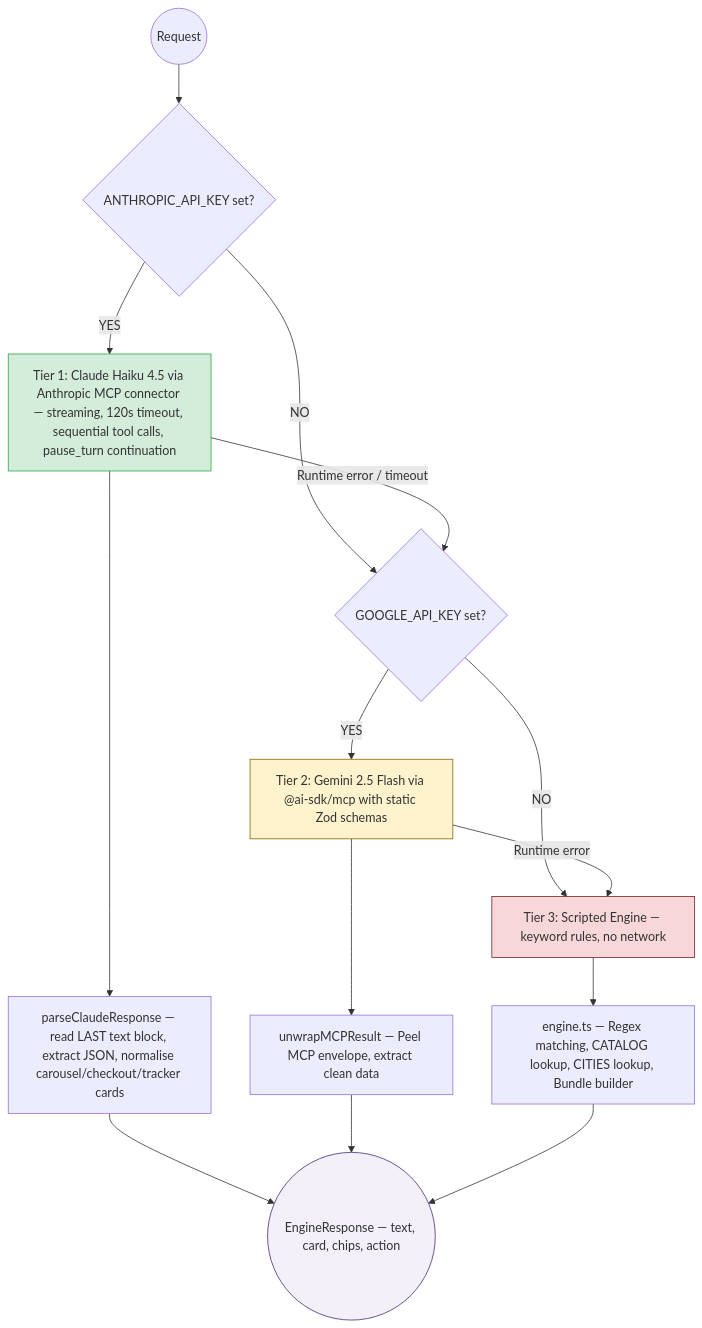
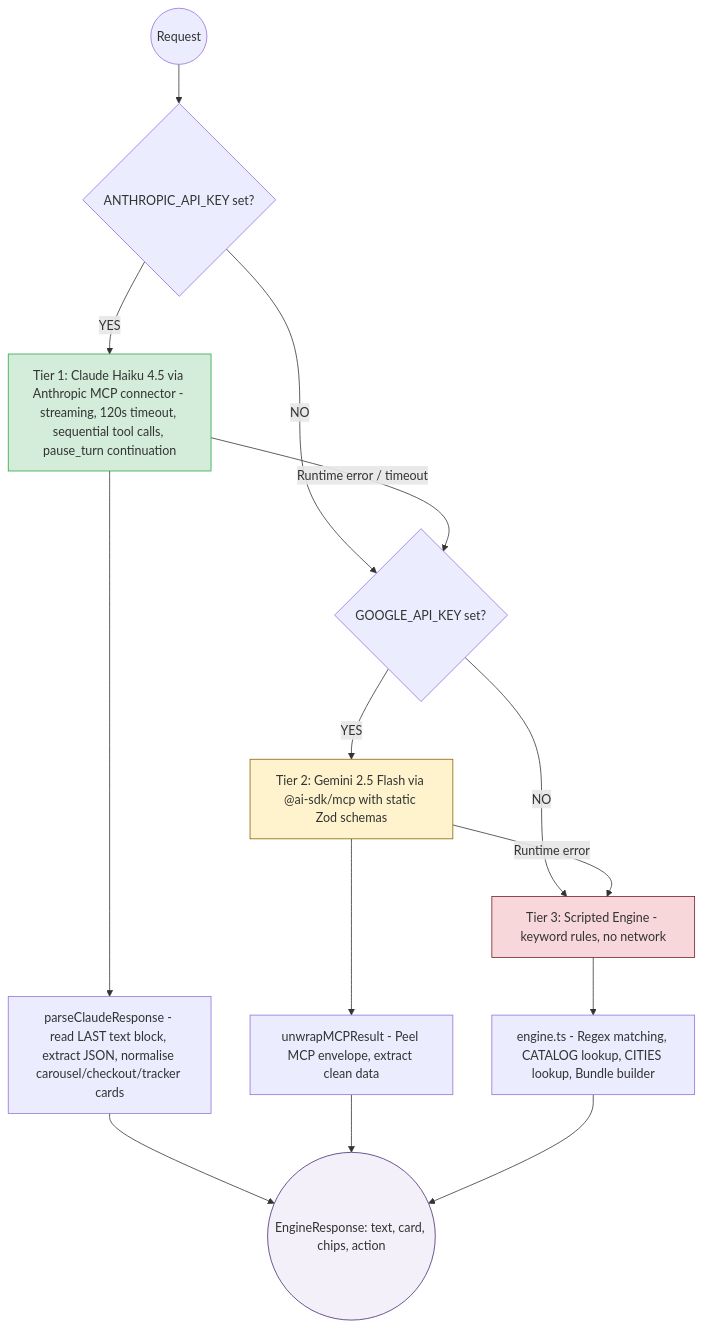
The third of 8 diagrams in README.md (LasaKaru/kapri), drawn with Mermaid before and after one commit. The commit also changed other lines of this file, not shown here.

First line of the commit message:
docs: make all README mermaid diagrams GitHub-renderable

````diff
--- a/README.md
+++ b/README.md
@@ -210,27 +210,27 @@
 ```mermaid
 flowchart TD
-    REQ((Request)) --> CHECK1{ANTHROPIC_API_KEY set?}
+    REQ(("Request")) --> CHECK1{"ANTHROPIC_API_KEY set?"}
 
-    CHECK1 -- YES --> T1["Tier 1: Claude Haiku 4.5 via Anthropic MCP connector — streaming, 120s timeout, sequential tool calls, pause_turn continuation"]
+    CHECK1 -- YES --> T1["Tier 1: Claude Haiku 4.5 via Anthropic MCP connector - streaming, 120s timeout, sequential tool calls, pause_turn continuation"]
     CHECK1 -- NO --> CHECK2
 
-    T1 -- "Runtime error / timeout" --> CHECK2{GOOGLE_API_KEY set?}
-    T1 --> PARSE["parseClaudeResponse — read LAST text block, extract JSON, normalise carousel/checkout/tracker cards"]
+    T1 --"Runtime error / timeout"--> CHECK2{"GOOGLE_API_KEY set?"}
+    T1 --> PARSE["parseClaudeResponse - read LAST text block, extract JSON, normalise carousel/checkout/tracker cards"]
 
     CHECK2 -- YES --> T2["Tier 2: Gemini 2.5 Flash via @ai-sdk/mcp with static Zod schemas"]
     CHECK2 -- NO --> T3
 
-    T2 -- "Runtime error" --> T3["Tier 3: Scripted Engine — keyword rules, no network"]
-    T2 --> UNWRAP["unwrapMCPResult — Peel MCP envelope, extract clean data"]
+    T2 --"Runtime error"--> T3["Tier 3: Scripted Engine - keyword rules, no network"]
+    T2 --> UNWRAP["unwrapMCPResult - Peel MCP envelope, extract clean data"]
 
-    T3 --> ENG["engine.ts — Regex matching, CATALOG lookup, CITIES lookup, Bundle builder"]
+    T3 --> ENG["engine.ts - Regex matching, CATALOG lookup, CITIES lookup, Bundle builder"]
 
-    PARSE --> RES((EngineResponse — text, card, chips, action))
+    PARSE --> RES(("EngineResponse: text, card, chips, action"))
     UNWRAP --> RES
     ENG --> RES
 
     style T1 fill:#d4edda,stroke:#28a745
     style T2 fill:#fff3cd,stroke:#856404
     style T3 fill:#f8d7da,stroke:#721c24
     style RES fill:#f3f0fa,stroke:#442A73
 ```
````
